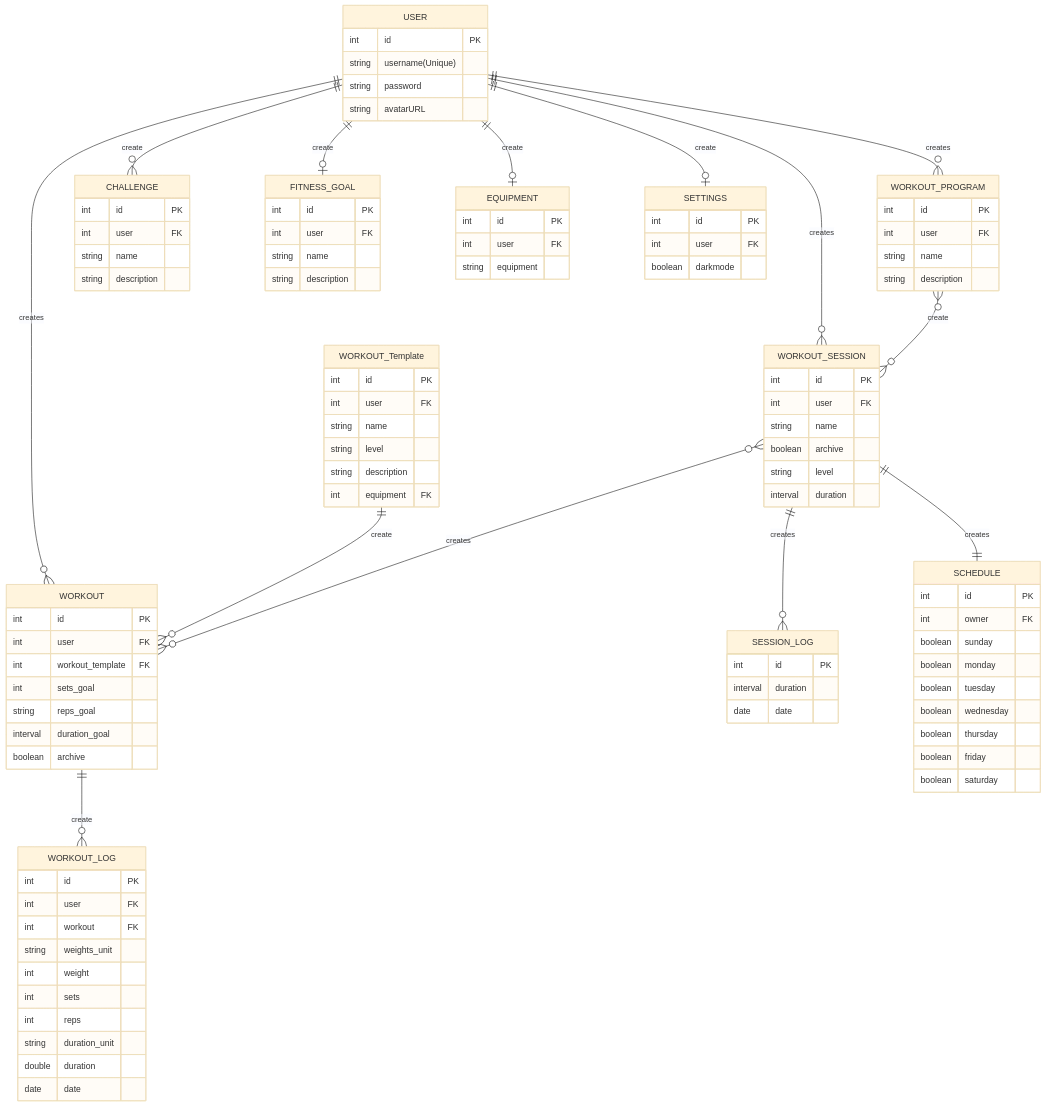
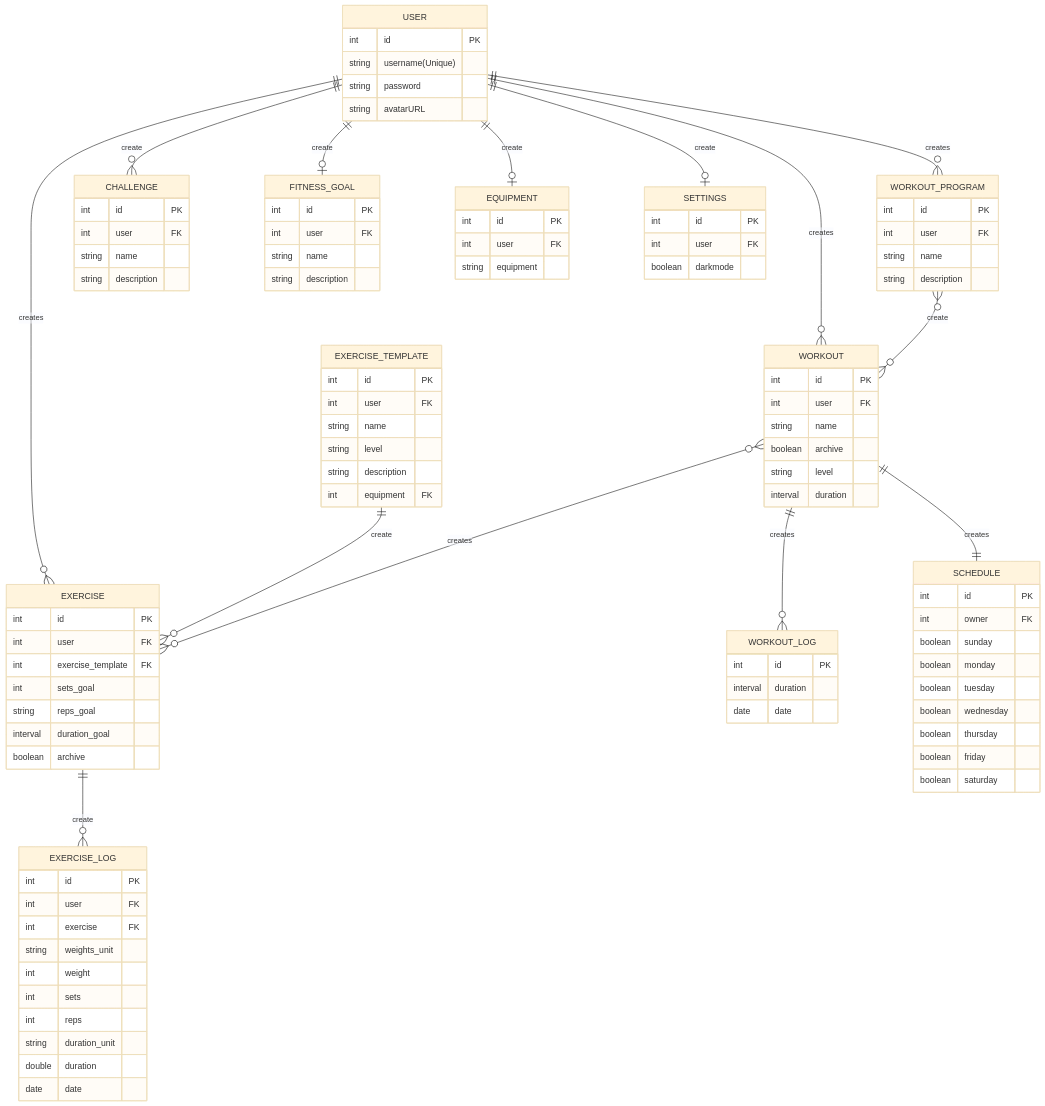
The diagram in ERDv1.md (EfrainAD/Workout-App), drawn with Mermaid (base theme) before and after one commit.

Commit message:
Update: Updated the table names to match that of UX and therefor the Component ERD
1. Workout was changed to exercise
2. Workout_session was change to workout
3. Workout_template was changed to exercise_template
4. Workout_log was change to exercise_log
5. Session_log was changed to workout_log
6. Fix that Template should be TEMPLATE

````diff
--- a/ERDv1.md
+++ b/ERDv1.md
@@ -3,11 +3,11 @@
 ```mermaid
 	erDiagram
-		USER ||--o{ WORKOUT : creates
+		USER ||--o{ EXERCISE : creates
 		USER ||--o{ CHALLENGE : create
 		USER ||--o| FITNESS_GOAL : create
 		USER ||--o| EQUIPMENT : create
 		USER ||--o| SETTINGS : create
-		USER ||--o{ WORKOUT_SESSION : creates
+		USER ||--o{ WORKOUT : creates
 		USER ||--o{ WORKOUT_PROGRAM : creates
 		USER {
 			int id PK
@@ -20,17 +20,17 @@
 			int user FK
 			boolean darkmode
 		}
-		WORKOUT_PROGRAM }o--o{ WORKOUT_SESSION : create
+		WORKOUT_PROGRAM }o--o{ WORKOUT : create
 		WORKOUT_PROGRAM {
 			int id PK
 			int user FK
 			string name
 			string description
 		}
-		WORKOUT_SESSION }o--o{ WORKOUT : creates
-		WORKOUT_SESSION ||--o{ SESSION_LOG : creates
-		WORKOUT_SESSION ||--|| SCHEDULE : creates
-		WORKOUT_SESSION {
+		WORKOUT }o--o{ EXERCISE : creates
+		WORKOUT ||--o{ WORKOUT_LOG : creates
+		WORKOUT ||--|| SCHEDULE : creates
+		WORKOUT {
 			int id PK
 			int user FK
 			string name
@@ -38,8 +38,8 @@
 			string level
 			interval duration
 		}
-		WORKOUT_Template ||--o{ WORKOUT : create
-		WORKOUT_Template {
+		EXERCISE_TEMPLATE ||--o{ EXERCISE : create
+		EXERCISE_TEMPLATE {
 			int id PK
 			int user FK
 			string name
@@ -47,20 +47,20 @@
 			string description
 			int equipment FK
 		}
-		WORKOUT ||--o{ WORKOUT_LOG : create
-		WORKOUT {
+		EXERCISE ||--o{ EXERCISE_LOG : create
+		EXERCISE {
 			int id PK
 			int user FK
-			int workout_template FK
+			int exercise_template FK
 			int sets_goal
 			string reps_goal
 			interval duration_goal
 			boolean archive
 		}
-			WORKOUT_LOG {
+			EXERCISE_LOG {
 			int id PK
 			int user FK
-			int workout FK
+			int exercise FK
 			string weights_unit
 			int weight
 			int sets
@@ -69,7 +69,7 @@
 			double duration
 			date date
 		}
-		SESSION_LOG {
+		WORKOUT_LOG {
 			int id PK
 			interval duration
 			date date
````
